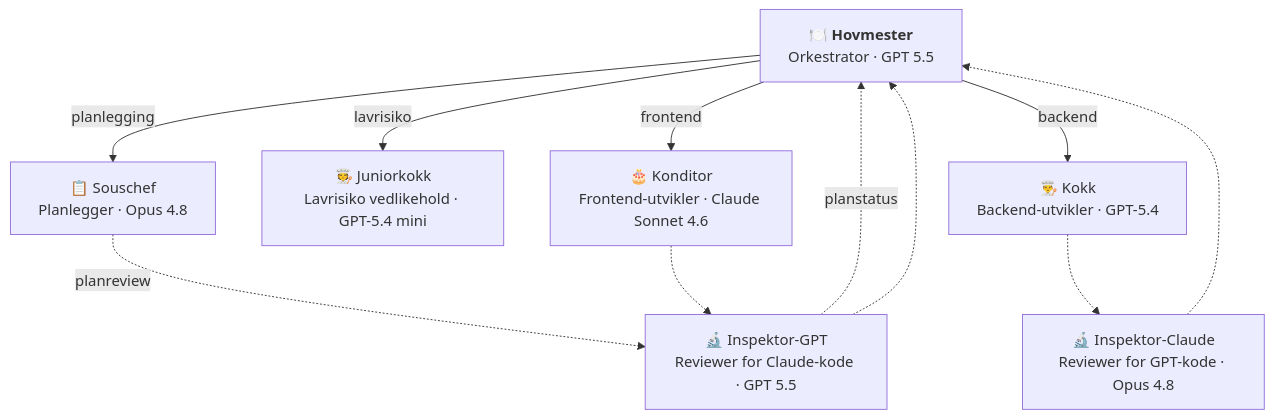
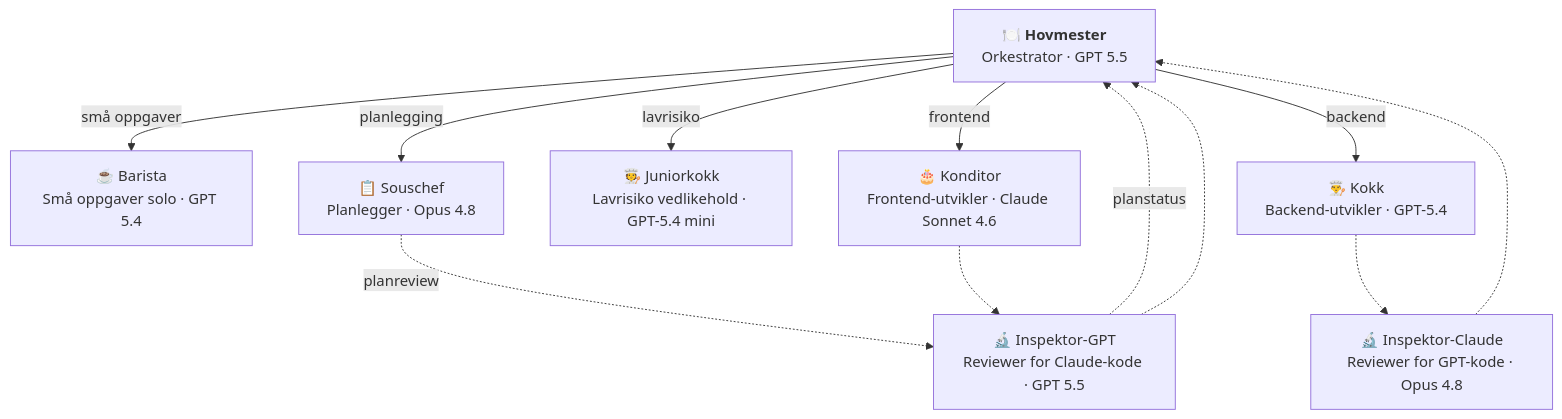
The diagram in README.md (navikt/hovmester), drawn with Mermaid before and after one commit. The commit also changed other lines of this file and 17 other files, not shown here.

````diff
--- a/README.md
+++ b/README.md
@@ -38,19 +38,21 @@
 ```mermaid
 graph TD
     U["🍽️ <b>Hovmester</b><br/>Orkestrator · GPT 5.5"]
+    B["☕ Barista<br/>Små oppgaver solo · GPT 5.4"]
     S["📋 Souschef<br/>Planlegger · Opus 4.8"]
     J["🧑‍🍳 Juniorkokk<br/>Lavrisiko vedlikehold · GPT-5.4 mini"]
     K["👨‍🍳 Kokk<br/>Backend-utvikler · GPT-5.4"]
     KO["🎂 Konditor<br/>Frontend-utvikler · Claude Sonnet 4.6"]
     IC["🔬 Inspektor-Claude<br/>Reviewer for GPT-kode · Opus 4.8"]
     IG["🔬 Inspektor-GPT<br/>Reviewer for Claude-kode · GPT 5.5"]
 
     U -- planlegging --> S
     S -. planreview .-> IG
     IG -. planstatus .-> U
+    U -- små oppgaver --> B
     U -- lavrisiko --> J
     U -- backend --> K
     U -- frontend --> KO
     K -.-> IC -.-> U
     KO -.-> IG -.-> U
 ```
````
